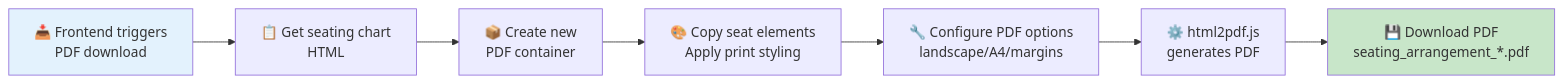
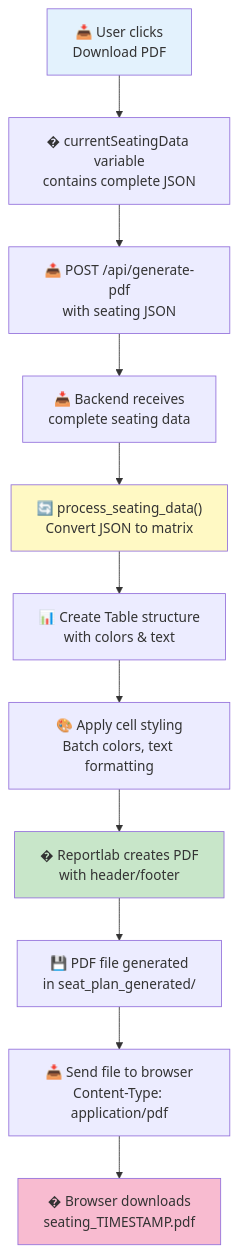
The eighth of 14 diagrams in algo/Details/ARCHITECTURE.md (Yashx0012/seat-allocation-sys), drawn with Mermaid before and after one commit. The commit also changed other lines of this file and 10 other files, not shown here.

````diff
--- a/algo/Details/ARCHITECTURE.md
+++ b/algo/Details/ARCHITECTURE.md
@@ -260,15 +298,21 @@
 ```mermaid
-graph LR
-    A["📥 Frontend triggers<br/>PDF download"]
-    B["📋 Get seating chart<br/>HTML"]
-    C["📦 Create new<br/>PDF container"]
-    D["🎨 Copy seat elements<br/>Apply print styling"]
-    E["🔧 Configure PDF options<br/>landscape/A4/margins"]
-    F["⚙️ html2pdf.js<br/>generates PDF"]
-    G["💾 Download PDF<br/>seating_arrangement_*.pdf"]
+flowchart TD
+    A["📥 User clicks<br/>Download PDF"]
+    B["� currentSeatingData variable<br/>contains complete JSON"]
+    C["📤 POST /api/generate-pdf<br/>with seating JSON"]
+    D["📥 Backend receives<br/>complete seating data"]
+    E["🔄 process_seating_data()<br/>Convert JSON to matrix"]
+    F["📊 Create Table structure<br/>with colors & text"]
+    G["🎨 Apply cell styling<br/>Batch colors, text formatting"]
+    H["� Reportlab creates PDF<br/>with header/footer"]
+    I["💾 PDF file generated<br/>in seat_plan_generated/"]
+    J["📥 Send file to browser<br/>Content-Type: application/pdf"]
+    K["� Browser downloads<br/>seating_TIMESTAMP.pdf"]
     
-    A --> B --> C --> D --> E --> F --> G
+    A --> B --> C --> D --> E --> F --> G --> H --> I --> J --> K
     
     style A fill:#e3f2fd
-    style G fill:#c8e6c9
+    style E fill:#fff9c4
+    style H fill:#c8e6c9
+    style K fill:#f8bbd0
 ```
````
